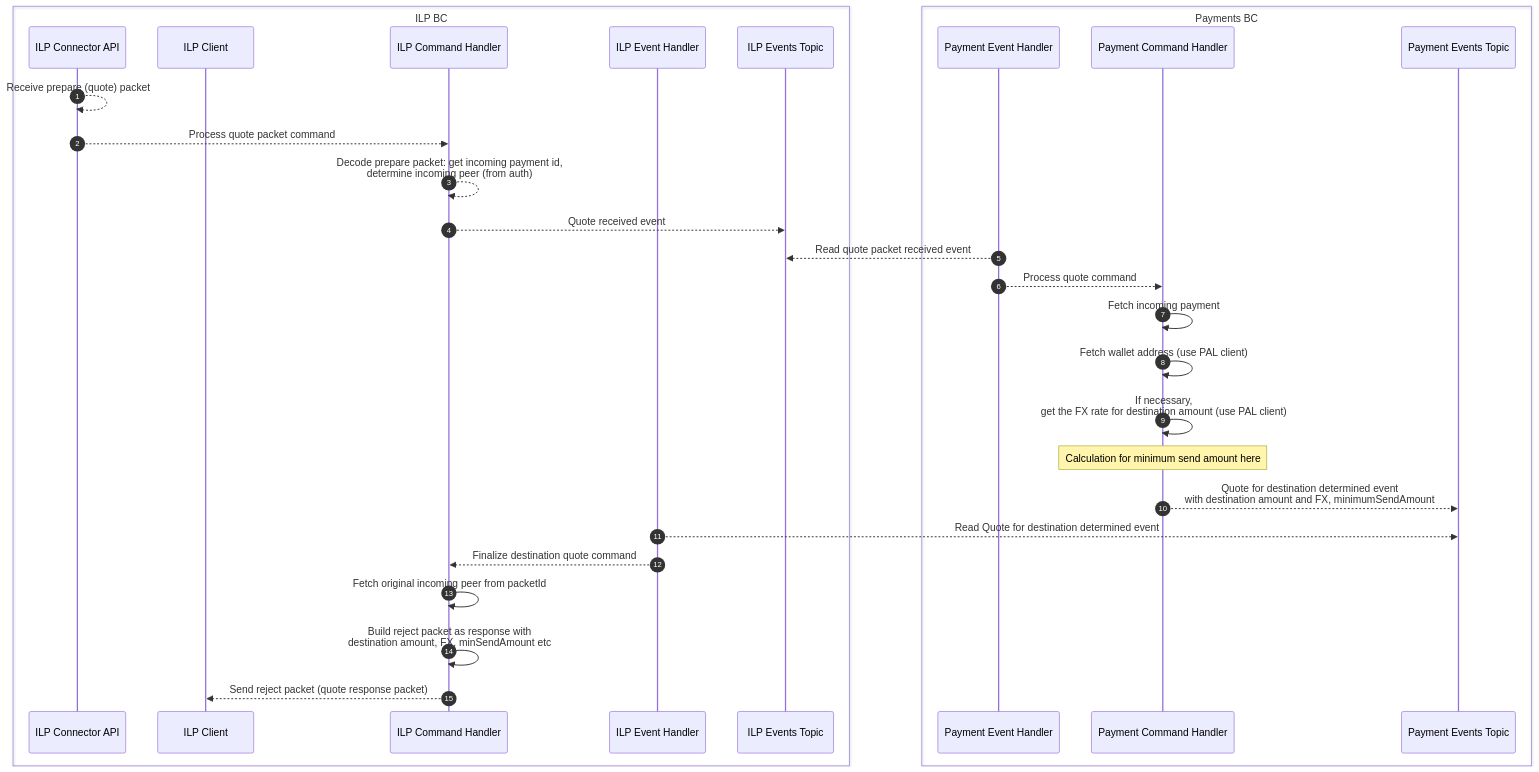
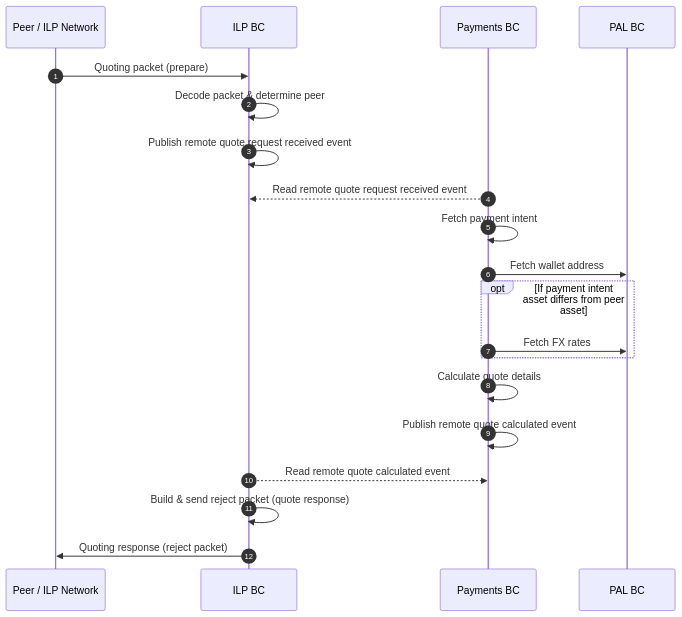
One commit to Avi112005/rhyza changed the diagram in internal-docs/sequence-diagrams/ILP/Remote Quote - Receving.md. Above: the diagram before and after it, drawn with Mermaid. The commit also changed 5 other files, not shown here.

First line of the commit message:
feat: update ILP quote & payments sequence diagrams (#121)

````diff
--- a/internal-docs/sequence-diagrams/ILP/Remote Quote - Receving.md
+++ b/internal-docs/sequence-diagrams/ILP/Remote Quote - Receving.md
@@ -3,51 +3,27 @@
 ```mermaid
 sequenceDiagram
 	autonumber
 
 
-    box ILP BC
-    participant ILPAPI as ILP Connector API
-    participant ILPC as ILP Client
-	participant ILP as ILP Command Handler
-    participant ILPEH as ILP Event Handler
-    participant ILPET as ILP Events Topic
+    participant Peer as Peer / ILP Network
+    participant ILPBC as ILP BC
+    participant PBC as Payments BC
+    participant PAL as PAL BC
+
+    Peer ->> ILPBC: Quoting packet (prepare)
+    ILPBC ->> ILPBC: Decode packet & determine peer
+    ILPBC ->> ILPBC: Publish remote quote request received event
+
+    PBC -->> ILPBC: Read remote quote request received event
+    PBC ->> PBC: Fetch payment intent
+    PBC ->> PAL: Fetch wallet address
+    opt If payment intent asset differs from peer asset
+    PBC ->> PAL: Fetch FX rates
     end
+    PBC ->> PBC: Calculate quote details
+    PBC ->> PBC: Publish remote quote calculated event
 
-    %% box PAL (Peers, Accounts, Liquidity) BC
-    %% participant PALEH as Accounts & Liquidity Event Handler
-    %% participant PALCH as Accounts & Liquidity Command Handler
-    %% participant PALET as Accounts & Liquidity Events Topic
-    %% end
-
-    box Payments BC
-	participant PEH as Payment Event Handler
-    participant PCH as Payment Command Handler
-    participant PET as Payment Events Topic
-    end
-
-
-
-    ILPAPI-->>ILPAPI: Receive prepare (quote) packet
-    ILPAPI -->> ILP: Process quote packet command
-    %% Or we decode in the ILPAPI
-    ILP-->>ILP: Decode prepare packet: get incoming payment id,<br>determine incoming peer (from auth)
-    ILP-->>ILPET: Quote received event
-    PEH -->> ILPET: Read quote packet received event
-    PEH -->> PCH: Process quote command
-    PCH ->> PCH: Fetch incoming payment
-    PCH ->> PCH: Fetch wallet address (use PAL client)
-    PCH ->> PCH: If necessary, <br>get the FX rate for destination amount (use PAL client)
-    Note over PCH: Calculation for minimum send amount here
-    PCH -->> PET: Quote for destination determined event<br>with destination amount and FX, minimumSendAmount
-    ILPEH -->> PET: Read Quote for destination determined event
-    ILPEH -->> ILP: Finalize destination quote command
-    ILP ->> ILP: Fetch original incoming peer from packetId
-    ILP ->> ILP: Build reject packet as response with <br>destination amount, FX, minSendAmount etc
-    ILP -->> ILPC: Send reject packet (quote response packet)
-
-
-    %% PALCH ->> PALCH: If necessary, get the FX rate for destination amount
-    %% PEH -->> PCH: Process prepare packet command
-    %% PCH->>PCH: Validate incoming payment <br> (completed), fetch peer details (ie asset)
-    %%
+    ILPBC -->> PBC: Read remote quote calculated event
+    ILPBC ->> ILPBC: Build & send reject packet (quote response)
+    ILPBC ->> Peer: Quoting response (reject packet)
 ```
````
